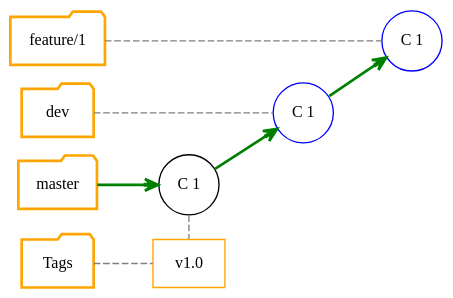
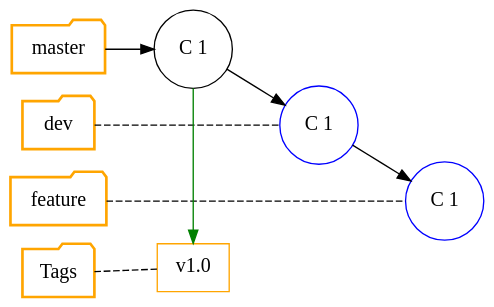
One commit to Gepardec/git-training changed the diagram in slides/intro/src/docs/asciidoc/graphviz/git-scenario-3.dot. Above: the diagram before and after it, drawn with Graphviz. The commit also changed 17 other files, not shown here.

```diff
--- a/slides/intro/src/docs/asciidoc/graphviz/git-scenario-3.dot
+++ b/slides/intro/src/docs/asciidoc/graphviz/git-scenario-3.dot
@@ -1,48 +1,44 @@
-digraph git_branch_model {
-  splines=line
-  rankdir="LR"
-  bgcolor="transparent"
+digraph git_scenario_3 {
+    splines=line
+    rankdir="LR"
+    bgcolor="transparent"
 
-  /* Global Node/Edge config */
-  edge[arrowhead=open]
+    /* Nodes representing the branches */
+    node[ fontsize=15.0,style="bold", shape=folder, color=orange]
+    master [group="master"]
+    dev [group="dev"]
+    feature [label="feature", group="feature"]
+    tags [label="Tags", group="tags"]
 
-  /* Nodes representing the branches */
-  node[ fontsize=12.0,style="bold", shape=folder, color=orange]
-  master [group="master"]
-  dev [group="dev"]
-  feature_1 [label="feature/1", group="feature"]
-  tags [label="Tags", group="tags"]
+    /* Nodes representing commit */
+    node[ fontsize=15.0,style="",shape=circle, color=""]
+    C_1[label="C 1", group="master"]
 
-  /* Nodes representing Tags */
-  node[shape=rect,fontsize=12.0, style="", color=orange]
-  T_1 [label="v1.0", group="release"]
+    /* Nodes representing pointer */
+    node[color="blue"]
+    C_1_D [label="C 1", group="dev"]
+    C_1_F_1 [label="C 1", group="feature"]
 
-  /* Nodes representing commit */
-  node[ fontsize=12.0,style="",shape=circle, color=""]
-  C_1[label="C 1", group="master"]
+    /* Nodes representing Tags */
+    node[shape=rect,fontsize=15.0, style="", color=orange]
+    T_1 [label="v1.0", group="release"]
 
-  /* Nodes representing pointer */
-  node[color="blue"]
-  C_1_D [label="C 1", group="dev"]
-  C_1_F_1 [label="C 1", group="feature"]
+    /* Define master branch commits */
+    master -> C_1
+    feature -> C_1_F_1 [arrowhead=none,style="dashed"]
+    dev -> C_1_D [arrowhead=none,style="dashed"]
+    tags -> T_1 [arrowhead=none,style="dashed"]
 
-  edge[arrowhead=none, style="dashed",color=gray]
-  /* Define branch commits */
-  master -> C_1 [arrowhead=open, color="green", style="bold"]
-  feature_1 -> C_1_F_1
-  tags -> T_1
+    /* 1. inter branch commit */
+    C_1 -> C_1_D -> { C_1_F_1 }
 
-  /* Define dev branch commits */
-  dev -> C_1_D
+    /* 2. Git Tags */
+    C_1 -> T_1 [color="green"]
 
-  /* 2. Git Tags */
-  C_1 -> T_1
+    /* Connect branches with invis edges, to declare ordering this way */
+    edge[style=invis]
+    master -> dev -> feature -> tags
 
-  edge[color="green", arrowhead=open,  style="bold"]
-  /* 1. inter branch commit */
-  C_1 -> C_1_D -> { C_1_F_1 }
-
-
-  {rank=same; C_1 T_1}
-  {rank=same; master dev feature_1 tags}
+    {rank=same; C_1 T_1}
+    {rank=same; master dev feature tags}
 }
```
